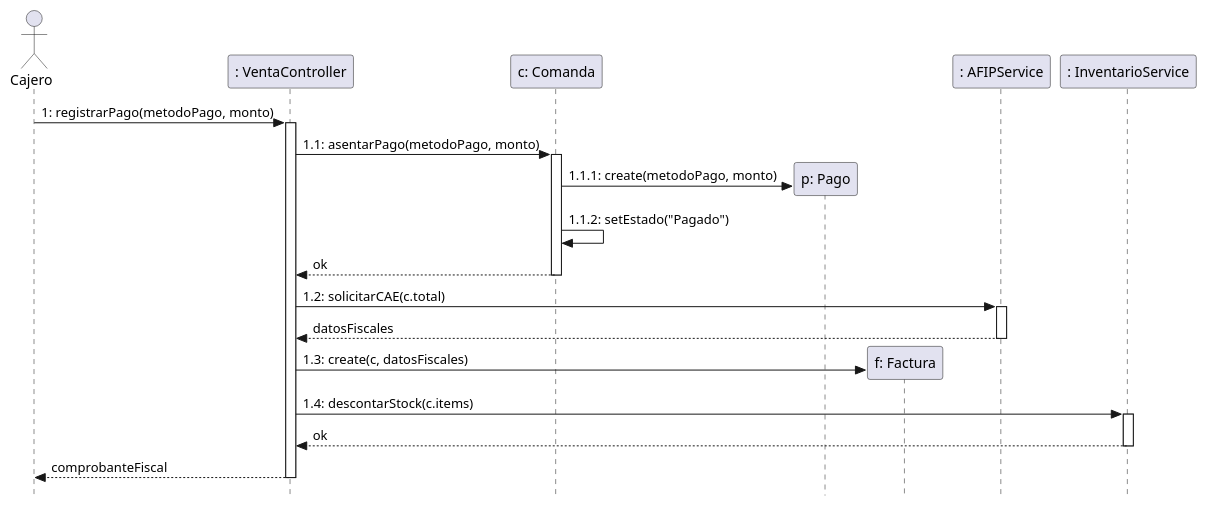
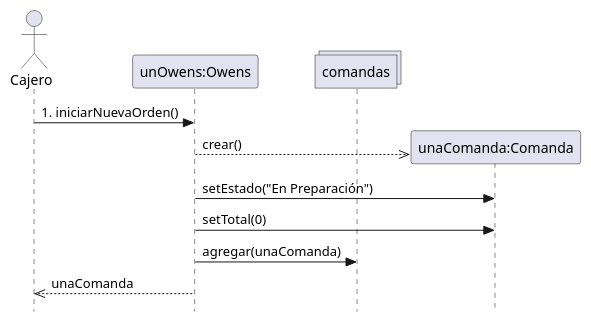
The second of 11 diagrams in docs/3_Especificacion_y_Diseno/3.4_realizaciones_casos_uso_dsd.md (DiegoParadiso/owens), drawn with PlantUML before and after one commit. The commit also changed other lines of this file and 1 other file, not shown here.

````diff
--- a/docs/3_Especificacion_y_Diseno/3.4_realizaciones_casos_uso_dsd.md
+++ b/docs/3_Especificacion_y_Diseno/3.4_realizaciones_casos_uso_dsd.md
@@ -13,44 +43,21 @@
 ```plantuml
 @startuml
 skinparam style strictuml
 hide footbox
 
 actor Cajero as C
-participant ": VentaController" as Ctrl
-participant "c: Comanda" as Comanda
-participant "p: Pago" as Pago
-participant "f: Factura" as Factura
-participant ": AFIPService" as AFIP
-participant ": InventarioService" as Inv
+participant "unOwens:Owens" as Owens
+collections "comandas" as ColComandas
 
-C -> Ctrl : 1: registrarPago(metodoPago, monto)
-activate Ctrl
+C -> Owens : 1. iniciarNuevaOrden()
 
-Ctrl -> Comanda : 1.1: asentarPago(metodoPago, monto)
-activate Comanda
+create participant "unaComanda:Comanda" as Comanda
+Owens -->> Comanda : crear()
 
-create Pago
-Comanda -> Pago : 1.1.1: create(metodoPago, monto)
-Comanda -> Comanda : 1.1.2: setEstado("Pagado")
+Owens -> Comanda : setEstado("En Preparación")
+Owens -> Comanda : setTotal(0)
+Owens -> ColComandas : agregar(unaComanda)
 
-Comanda --> Ctrl : ok
-deactivate Comanda
-
-Ctrl -> AFIP : 1.2: solicitarCAE(c.total)
-activate AFIP
-AFIP --> Ctrl : datosFiscales
-deactivate AFIP
-
-create Factura
-Ctrl -> Factura : 1.3: create(c, datosFiscales)
-
-Ctrl -> Inv : 1.4: descontarStock(c.items)
-activate Inv
-Inv --> Ctrl : ok
-deactivate Inv
-
-Ctrl --> C : comprobanteFiscal
-deactivate Ctrl
-
+Owens -->> C : unaComanda
 @enduml
 ```
````
